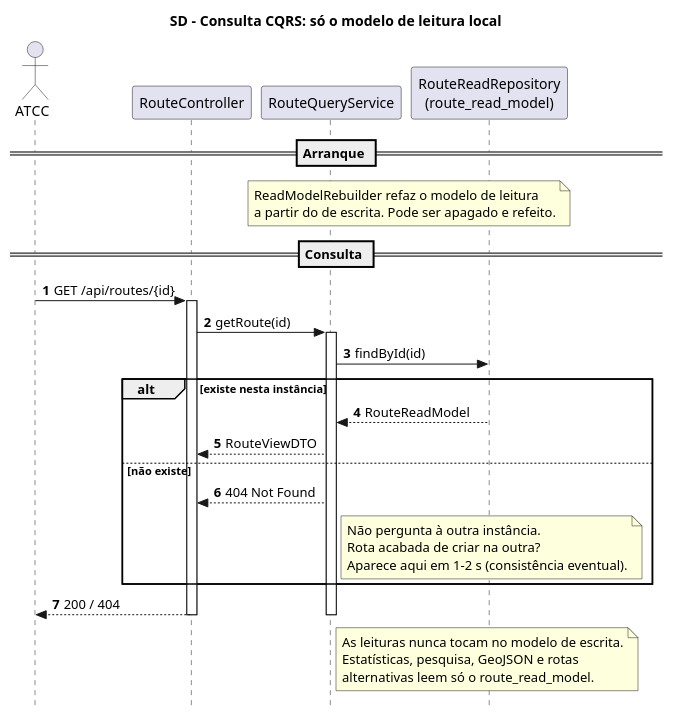
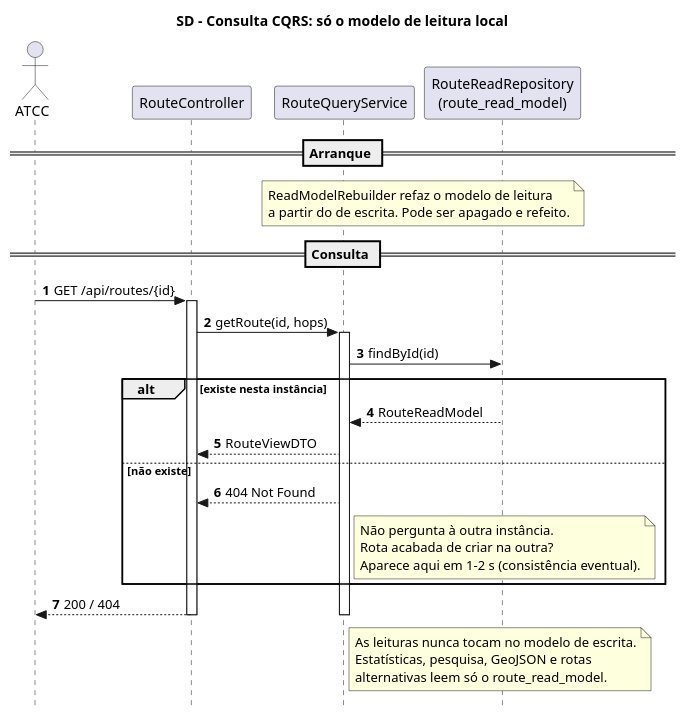
Before and after one commit to anamartasilvaa/SIDIG_AI_Safe: the diagram in Services/Airport e Routes/airports-routes-service/docs/E2/sd-cqrs-query-read-model.puml, drawn with PlantUML. The commit also changed 5 other files, not shown here.

```diff
--- a/Services/Airport e Routes/airports-routes-service/docs/E2/sd-cqrs-query-read-model.puml
+++ b/Services/Airport e Routes/airports-routes-service/docs/E2/sd-cqrs-query-read-model.puml
@@ -1,43 +1,43 @@
 @startuml sd-cqrs-query-read-model
 skinparam style strictuml
 autonumber
 title SD - Consulta CQRS: só o modelo de leitura local
 
 actor "ATCC" as User
 participant "RouteController" as Ctrl
 participant "RouteQueryService" as Query
 participant "RouteReadRepository\n(route_read_model)" as RM
 
 == Arranque ==
 note over Query, RM
   ReadModelRebuilder refaz o modelo de leitura
   a partir do de escrita. Pode ser apagado e refeito.
 end note
 
 == Consulta ==
 User -> Ctrl : GET /api/routes/{id}
 activate Ctrl
-Ctrl -> Query : getRoute(id)
+Ctrl -> Query : getRoute(id, hops)
 activate Query
 Query -> RM : findById(id)
 alt existe nesta instância
     RM --> Query : RouteReadModel
     Query --> Ctrl : RouteViewDTO
 else não existe
     Query --> Ctrl : 404 Not Found
     note right of Query
       Não pergunta à outra instância.
       Rota acabada de criar na outra?
       Aparece aqui em 1-2 s (consistência eventual).
     end note
 end
 Ctrl --> User : 200 / 404
 deactivate Query
 deactivate Ctrl
 
 note right of Query
   As leituras nunca tocam no modelo de escrita.
   Estatísticas, pesquisa, GeoJSON e rotas
   alternativas leem só o route_read_model.
 end note
 @enduml
```
